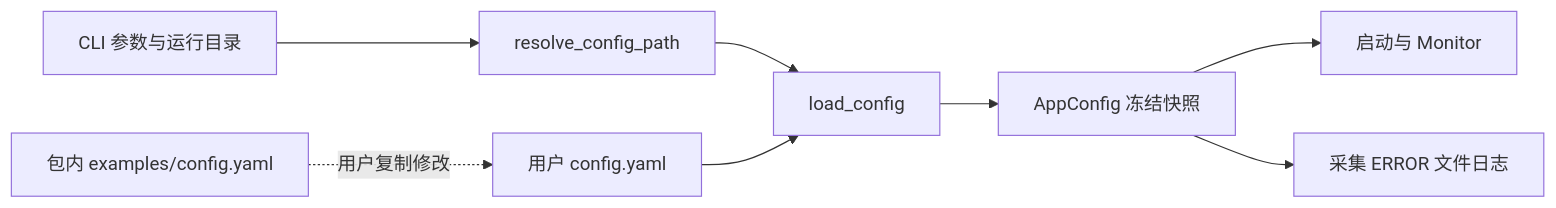
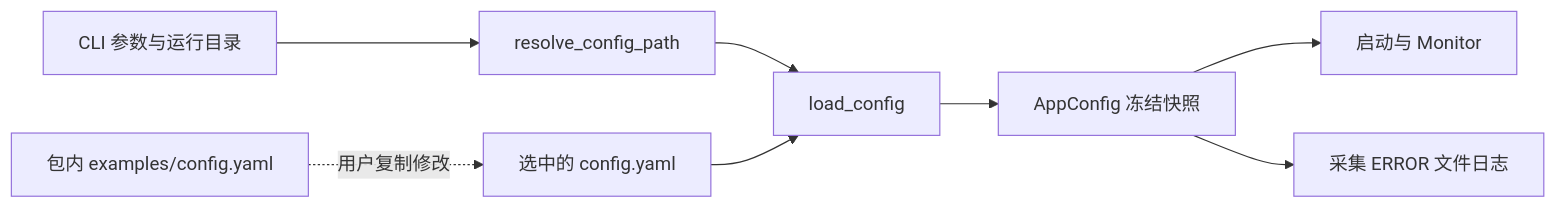
The diagram in docs/design/configuration.md (shawnluxyRE/joi-observer), drawn with Mermaid before and after one commit. The commit also changed other lines of this file and 5 other files, not shown here.

````diff
--- a/docs/design/configuration.md
+++ b/docs/design/configuration.md
@@ -16,10 +16,10 @@
 ```mermaid
 flowchart LR
     CLI[CLI 参数与运行目录] --> Resolve[resolve_config_path]
     Resolve --> Load[load_config]
-    YAML[用户 config.yaml] --> Load
+    YAML[选中的 config.yaml] --> Load
     Load --> Config[AppConfig 冻结快照]
     Config --> Runtime[启动与 Monitor]
     Config --> Log[采集 ERROR 文件日志]
     Example[包内 examples/config.yaml] -. 用户复制修改 .-> YAML
 ```
````
